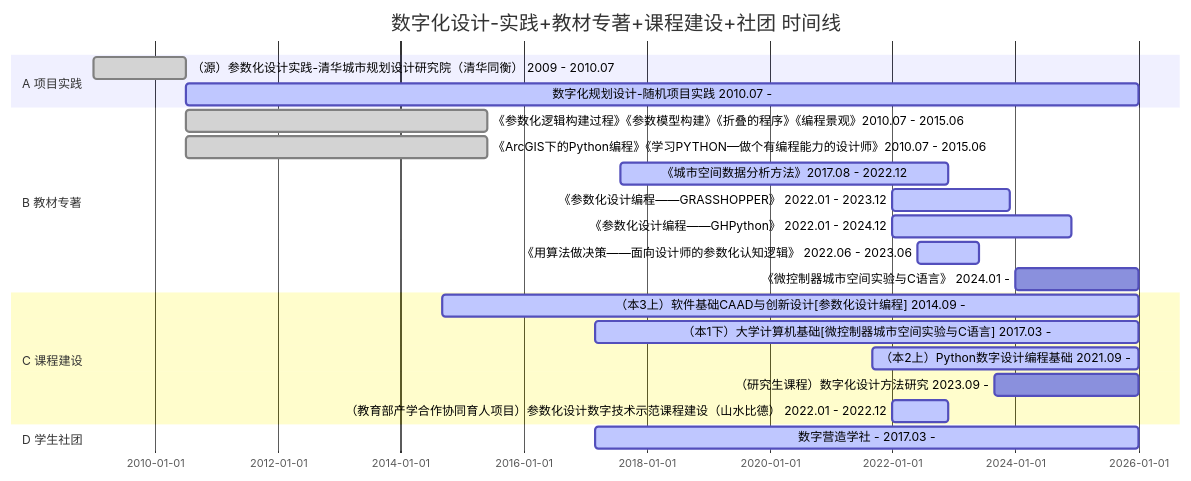
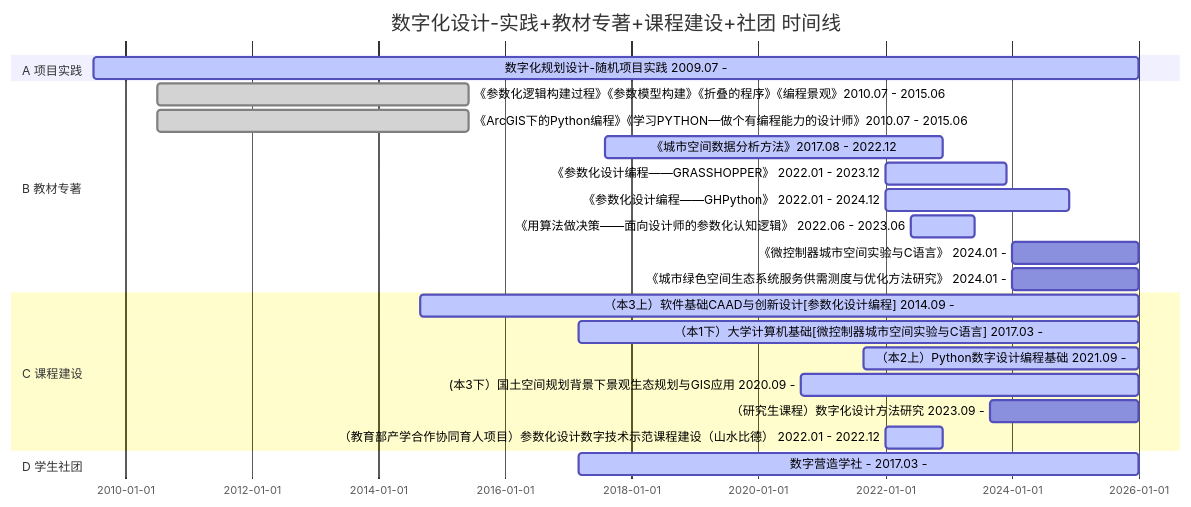
Before and after one commit to digit-x/digit_x: the diagram in docs/markdown/P_DDTeachingPractice_DCS.md, drawn with Mermaid. The commit also changed other lines of this file and 3 other files, not shown here.

````diff
--- a/docs/markdown/P_DDTeachingPractice_DCS.md
+++ b/docs/markdown/P_DDTeachingPractice_DCS.md
@@ -7,30 +9,31 @@
 ```mermaid
 gantt
 
 dateFormat  YYYY-MM
 title 数字化设计-实践+教材专著+课程建设+社团 时间线
 excludes weekdays 2014-01-10
 
 section A 项目实践
-（源）参数化设计实践-清华城市规划设计研究院（清华同衡） 2009 - 2010.07            :done,    des1, 2009-01,2010-07
-数字化规划设计-随机项目实践 2010.07 -             :active,    des2, 2010-07,2026-01
+数字化规划设计-随机项目实践 2009.07 -             :active,    des2, 2009-07,2026-01
 
 section B 教材专著
 《参数化逻辑构建过程》《参数模型构建》《折叠的程序》《编程景观》2010.07 - 2015.06            :done,    des3, 2010-07,2015-06
 《ArcGIS下的Python编程》《学习PYTHON—做个有编程能力的设计师》2010.07 - 2015.06            :done,    des3, 2010-07,2015-06
 《城市空间数据分析方法》2017.08 - 2022.12            :active,    des4, 2017-08,2022-12
 《参数化设计编程——GRASSHOPPER》 2022.01 - 2023.12         :active,    des5, 2022-01,2023-12
 《参数化设计编程——GHPython》 2022.01 -  2024.12          :active,    des6, 2022-01,2024-12
 《用算法做决策——面向设计师的参数化认知逻辑》 2022.06 -  2023.06           :active,    des7, 2022-06,2023-06
 《微控制器城市空间实验与C语言》 2024.01 -             :    des8, 2024-01,2026-01
+《城市绿色空间生态系统服务供需测度与优化方法研究》 2024.01 -             :    des9, 2024-01,2026-01
 
 section C 课程建设
-（本3上）软件基础CAAD与创新设计[参数化设计编程] 2014.09 -            :active,    des9, 2014-09,2026-01
-（本1下）大学计算机基础[微控制器城市空间实验与C语言] 2017.03 -        :active,    des10, 2017-03,2026-01
-（本2上）Python数字设计编程基础 2021.09 -   :active,    des11, 2021-09,2026-01
-（研究生课程）数字化设计方法研究 2023.09 -       :    des12, 2023-09,2026-01     
-（教育部产学合作协同育人项目）参数化设计数字技术示范课程建设（山水比德） 2022.01 - 2022.12   :active,    des13, 2022-01,2022-12
+（本3上）软件基础CAAD与创新设计[参数化设计编程] 2014.09 -            :active,    des10, 2014-09,2026-01
+（本1下）大学计算机基础[微控制器城市空间实验与C语言] 2017.03 -        :active,    des11, 2017-03,2026-01
+（本2上）Python数字设计编程基础 2021.09 -   :active,    des12, 2021-09,2026-01
+ (本3下）国土空间规划背景下景观生态规划与GIS应用 2020.09 -   :active,    des13, 2020-09,2026-01
+（研究生课程）数字化设计方法研究 2023.09 -       :    des14, 2023-09,2026-01     
+（教育部产学合作协同育人项目）参数化设计数字技术示范课程建设（山水比德） 2022.01 - 2022.12   :active,    des15, 2022-01,2022-12
 
 section D 学生社团
-数字营造学社 - 2017.03 -           :active,    des12, 2017-03,2026-01
+数字营造学社 - 2017.03 -           :active,    des16, 2017-03,2026-01
 ```
````
